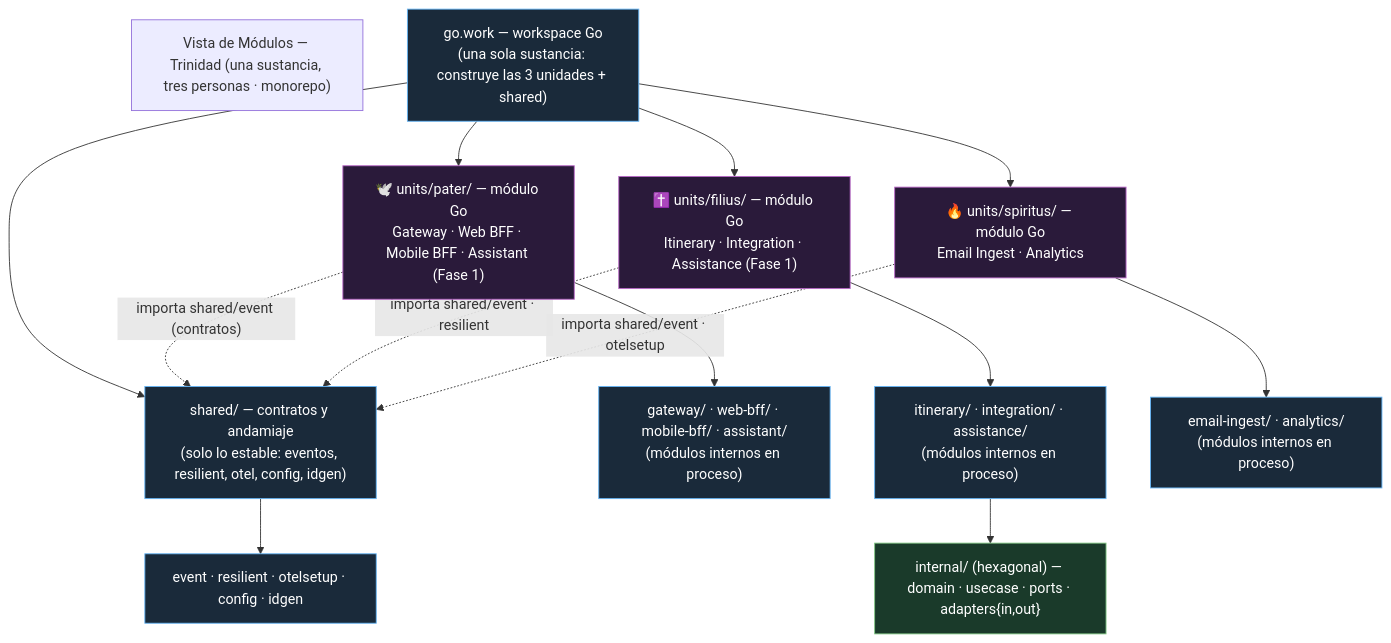
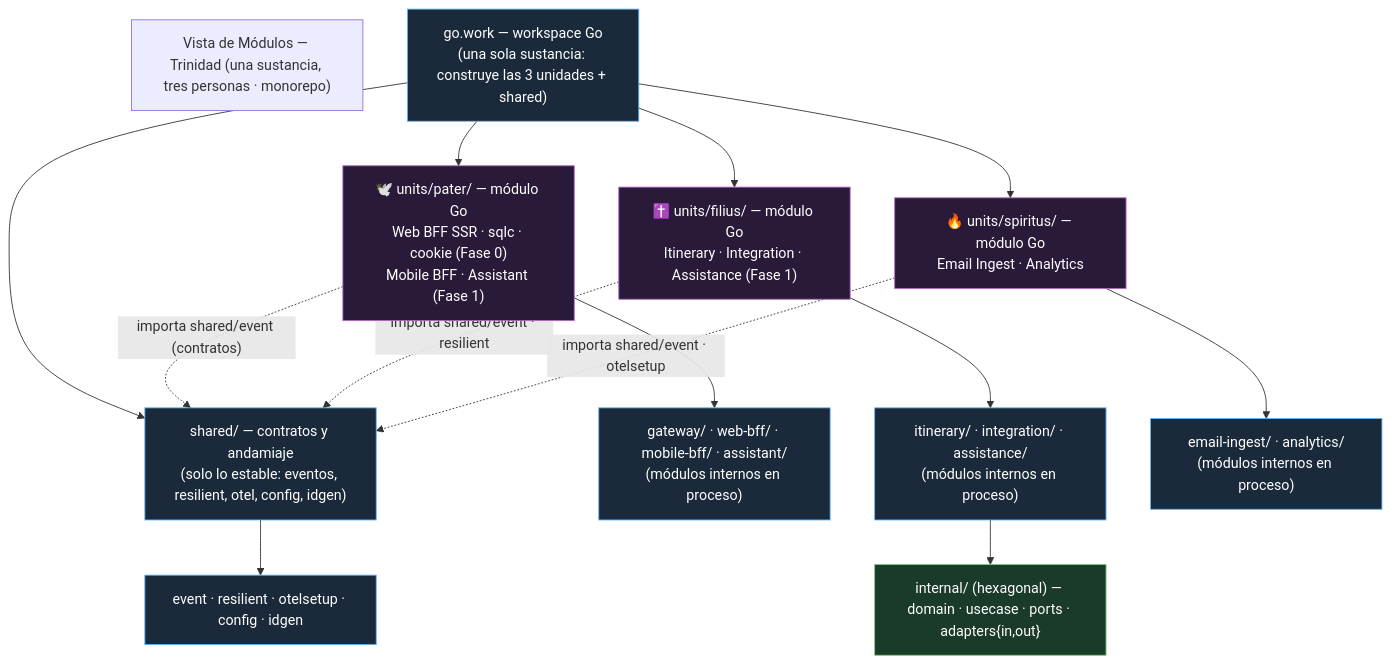
Before and after one commit to az-juan/trotamundos: the first of 3 diagrams in trinity/architecture/vista_modulos.md, drawn with Mermaid. The commit also changed other lines of this file and 98 other files, not shown here.

````diff
--- a/trinity/architecture/vista_modulos.md
+++ b/trinity/architecture/vista_modulos.md
@@ -1,32 +1,32 @@
 ```mermaid
 graph TB
     TITLE["Vista de Módulos — Trinidad (una sustancia, tres personas · monorepo)"]
 
     GW["go.work — workspace Go<br/>(una sola sustancia: construye las 3 unidades + shared)"]
 
-    GW --> P["🕊️ units/pater/ — módulo Go<br/>Gateway · Web BFF · Mobile BFF · Assistant (Fase 1)"]
+    GW --> P["🕊️ units/pater/ — módulo Go<br/>Web BFF SSR · sqlc · cookie (Fase 0)<br/>Mobile BFF · Assistant (Fase 1)"]
     GW --> F["✝️ units/filius/ — módulo Go<br/>Itinerary · Integration · Assistance (Fase 1)"]
     GW --> S["🔥 units/spiritus/ — módulo Go<br/>Email Ingest · Analytics"]
     GW --> SH["shared/ — contratos y andamiaje<br/>(solo lo estable: eventos, resilient, otel, config, idgen)"]
 
     P --> PP["gateway/ · web-bff/ · mobile-bff/ · assistant/<br/>(módulos internos en proceso)"]
     F --> FF["itinerary/ · integration/ · assistance/<br/>(módulos internos en proceso)"]
     S --> SS["email-ingest/ · analytics/<br/>(módulos internos en proceso)"]
 
     %% Cada módulo interno reproduce el hexágono; se muestra uno como arquetipo
     FF --> HEX["internal/ (hexagonal) — domain · usecase · ports · adapters{in,out}"]
 
     SH --> H1["event · resilient · otelsetup · config · idgen"]
 
     %% Aristas de dependencia entre unidades = solo lo que cruza procesos
     P -.->|"importa shared/event (contratos)"| SH
     F -.->|"importa shared/event · resilient"| SH
     S -.->|"importa shared/event · otelsetup"| SH
 
     classDef unit fill:#2a1a3a,stroke:#ba68c8,color:#fff;
     classDef leaf fill:#1a2a3a,stroke:#64b5f6,color:#fff;
     classDef hex  fill:#1a3a2a,stroke:#81c784,color:#fff;
     class P,F,S unit;
     class GW,SH,PP,FF,SS,H1 leaf;
     class HEX hex;
 ```
````
